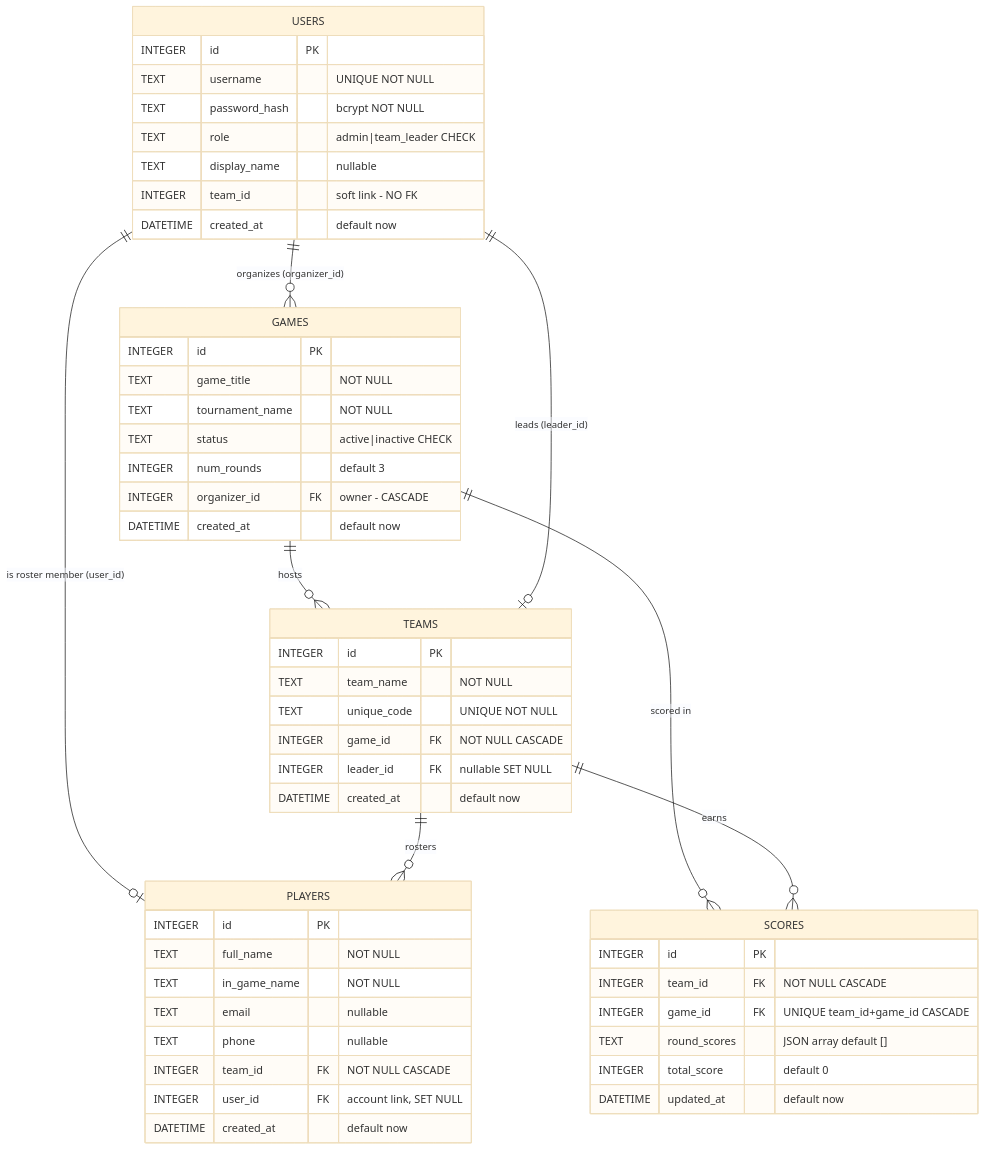
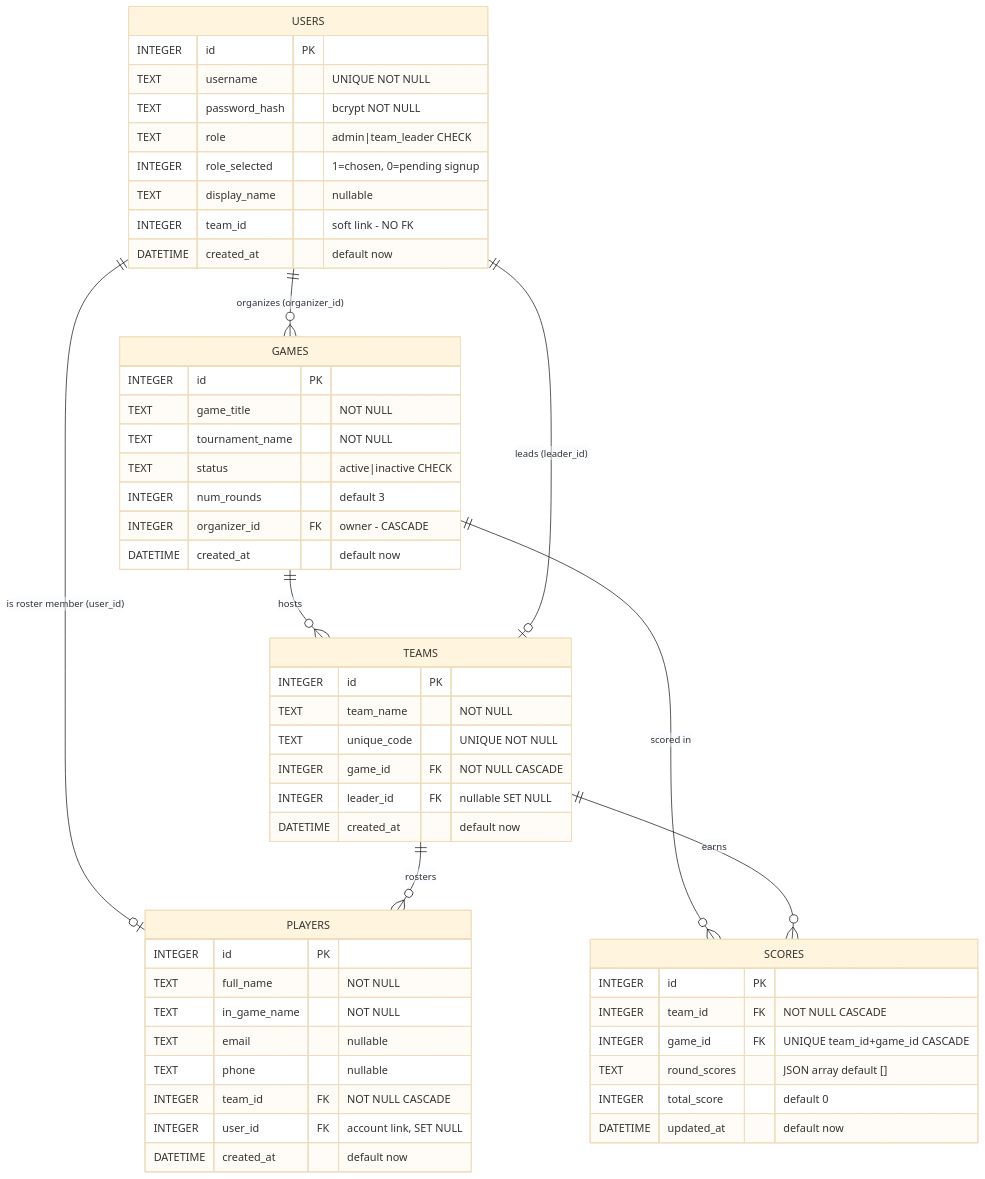
The third of 4 diagrams in ARCHITECTURE.md (friday-9007/GGBoard), drawn with Mermaid (base theme) before and after one commit. The commit also changed other lines of this file and 16 other files, not shown here.

Commit message:
feat: update auth flow, add RoleSelect page, update diagrams and validation

````diff
--- a/ARCHITECTURE.md
+++ b/ARCHITECTURE.md
@@ -122,55 +122,56 @@
 ```mermaid
 erDiagram
     USERS ||--o{ GAMES : "organizes (organizer_id)"
     GAMES ||--o{ TEAMS : "hosts"
     GAMES ||--o{ SCORES : "scored in"
     USERS ||--o| TEAMS : "leads (leader_id)"
     USERS ||--o| PLAYERS : "is roster member (user_id)"
     TEAMS ||--o{ PLAYERS : "rosters"
     TEAMS ||--o{ SCORES : "earns"
 
     GAMES {
         INTEGER id PK
         TEXT game_title "NOT NULL"
         TEXT tournament_name "NOT NULL"
         TEXT status "active|inactive CHECK"
         INTEGER num_rounds "default 3"
         INTEGER organizer_id FK "owner - CASCADE"
         DATETIME created_at "default now"
     }
     USERS {
         INTEGER id PK
         TEXT username "UNIQUE NOT NULL"
         TEXT password_hash "bcrypt NOT NULL"
         TEXT role "admin|team_leader CHECK"
+        INTEGER role_selected "1=chosen, 0=pending signup"
         TEXT display_name "nullable"
         INTEGER team_id "soft link - NO FK"
         DATETIME created_at "default now"
     }
     TEAMS {
         INTEGER id PK
         TEXT team_name "NOT NULL"
         TEXT unique_code "UNIQUE NOT NULL"
         INTEGER game_id FK "NOT NULL CASCADE"
         INTEGER leader_id FK "nullable SET NULL"
         DATETIME created_at "default now"
     }
     PLAYERS {
         INTEGER id PK
         TEXT full_name "NOT NULL"
         TEXT in_game_name "NOT NULL"
         TEXT email "nullable"
         TEXT phone "nullable"
         INTEGER team_id FK "NOT NULL CASCADE"
         INTEGER user_id FK "account link, SET NULL"
         DATETIME created_at "default now"
     }
     SCORES {
         INTEGER id PK
         INTEGER team_id FK "NOT NULL CASCADE"
         INTEGER game_id FK "UNIQUE team_id+game_id CASCADE"
         TEXT round_scores "JSON array default []"
         INTEGER total_score "default 0"
         DATETIME updated_at "default now"
     }
 ```
````
